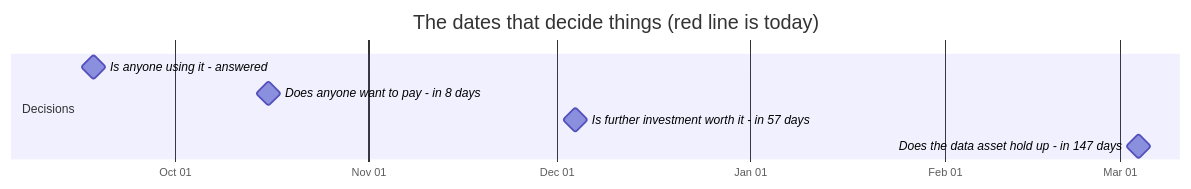
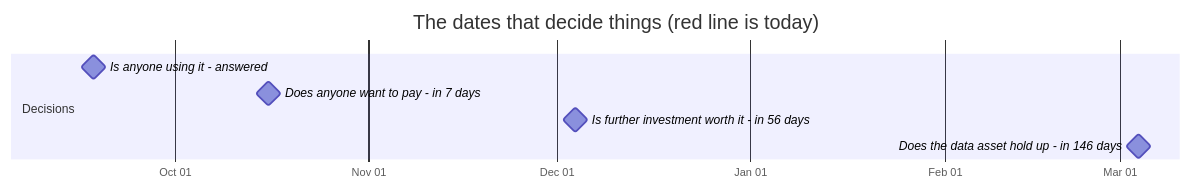
One commit to jakegu1/vetagent changed the first of 2 diagrams in docs/OWNER.md. Above: the diagram before and after it, drawn with Mermaid. The commit also changed other lines of this file and 1 other file, not shown here.

````diff
--- a/docs/OWNER.md
+++ b/docs/OWNER.md
@@ -76,12 +76,12 @@
 ```mermaid
 gantt
     dateFormat YYYY-MM-DD
     axisFormat %b %d
     todayMarker stroke-width:3px,stroke:#d33,stroke-dasharray:0
     title The dates that decide things (red line is today)
     section Decisions
     Is anyone using it - answered :milestone, 2026-09-18, 0d
-    Does anyone want to pay - in 8 days :milestone, 2026-10-16, 0d
-    Is further investment worth it - in 57 days :milestone, 2026-12-04, 0d
-    Does the data asset hold up - in 147 days :milestone, 2027-03-04, 0d
+    Does anyone want to pay - in 7 days :milestone, 2026-10-16, 0d
+    Is further investment worth it - in 56 days :milestone, 2026-12-04, 0d
+    Does the data asset hold up - in 146 days :milestone, 2027-03-04, 0d
 ```
````
